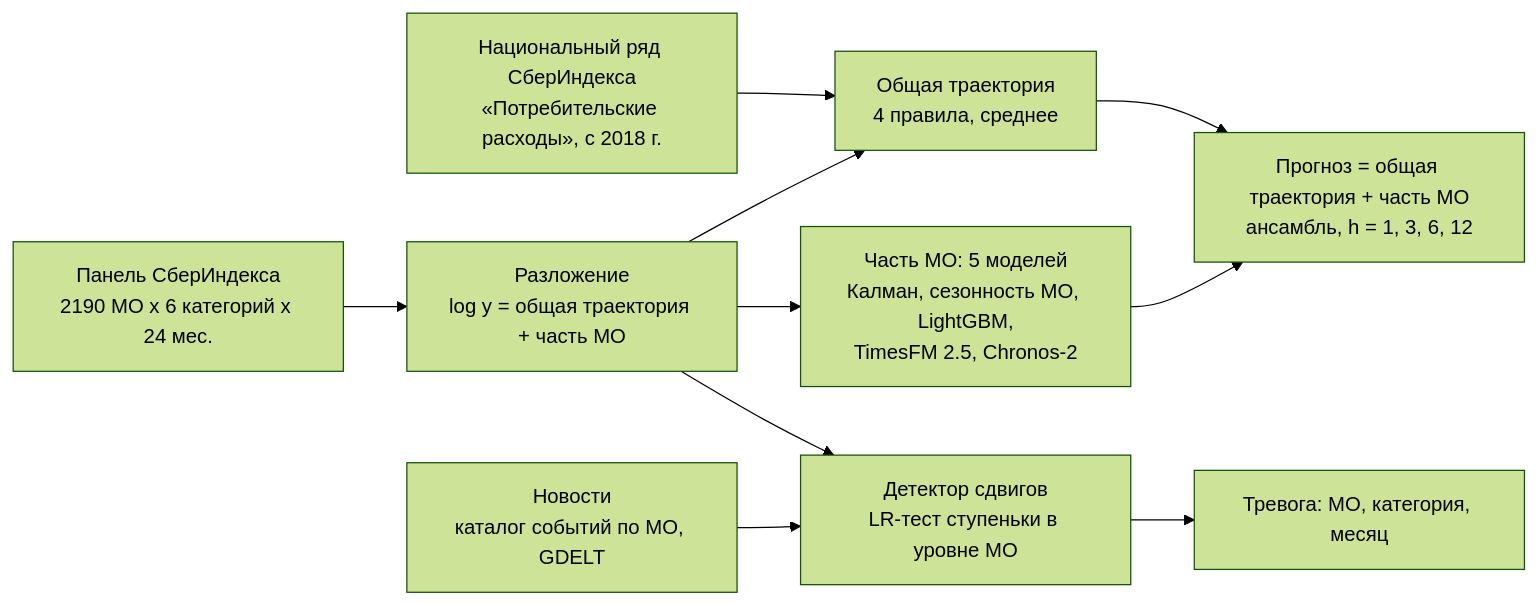
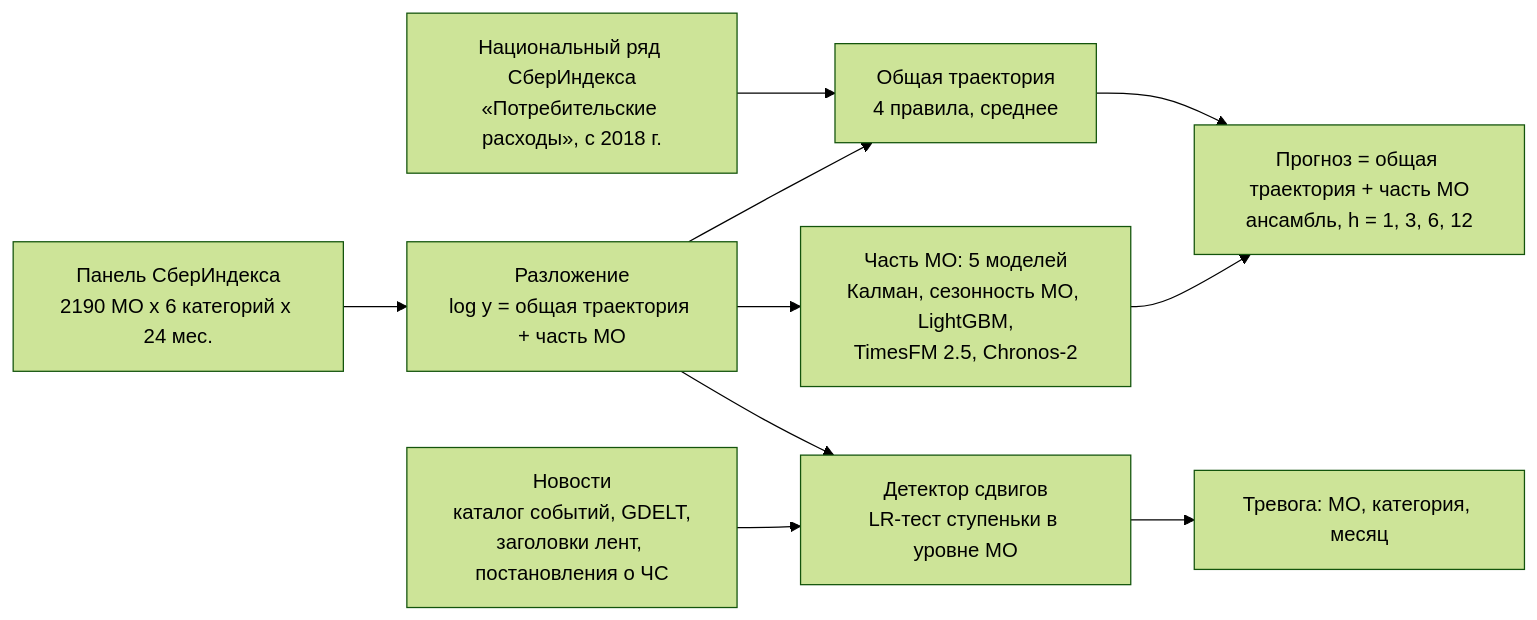
The diagram in docs/report.md (veshidar-dot/sberindex-2026), drawn with Mermaid (forest theme) before and after one commit. The commit also changed other lines of this file and 2 other files, not shown here.

Commit message:
Вычитка: точные формулировки в разделе «Коротко», число вариантов встраивания, схема новостей

````diff
--- a/docs/report.md
+++ b/docs/report.md
@@ -41,12 +41,12 @@
 ```mermaid
 flowchart LR
     A["Панель СберИндекса<br/>2190 МО x 6 категорий x 24 мес."] --> B["Разложение<br/>log y = общая траектория + часть МО"]
     N["Национальный ряд СберИндекса<br/>«Потребительские расходы», с 2018 г."] --> C["Общая траектория<br/>4 правила, среднее"]
     B --> C
     B --> D["Часть МО: 5 моделей<br/>Калман, сезонность МО, LightGBM,<br/>TimesFM 2.5, Chronos-2"]
     C --> E["Прогноз = общая траектория + часть МО<br/>ансамбль, h = 1, 3, 6, 12"]
     D --> E
     B --> F["Детектор сдвигов<br/>LR-тест ступеньки в уровне МО"]
-    G["Новости<br/>каталог событий по МО, GDELT"] --> F
+    G["Новости<br/>каталог событий, GDELT,<br/>заголовки лент, постановления о ЧС"] --> F
     F --> H["Тревога: МО, категория, месяц"]
 ```
````
